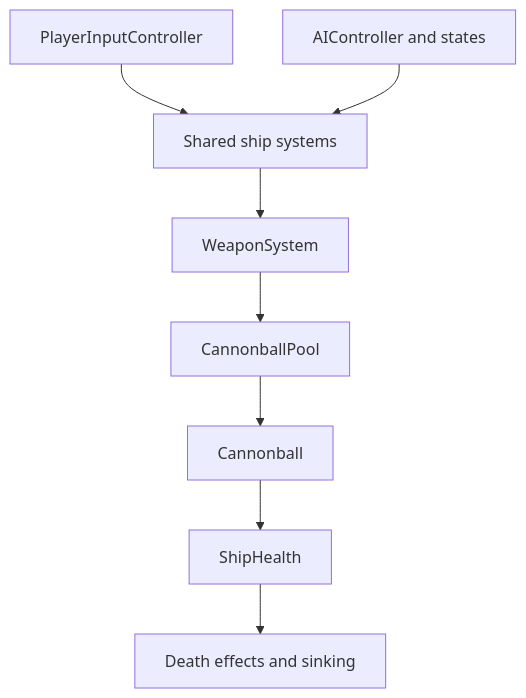
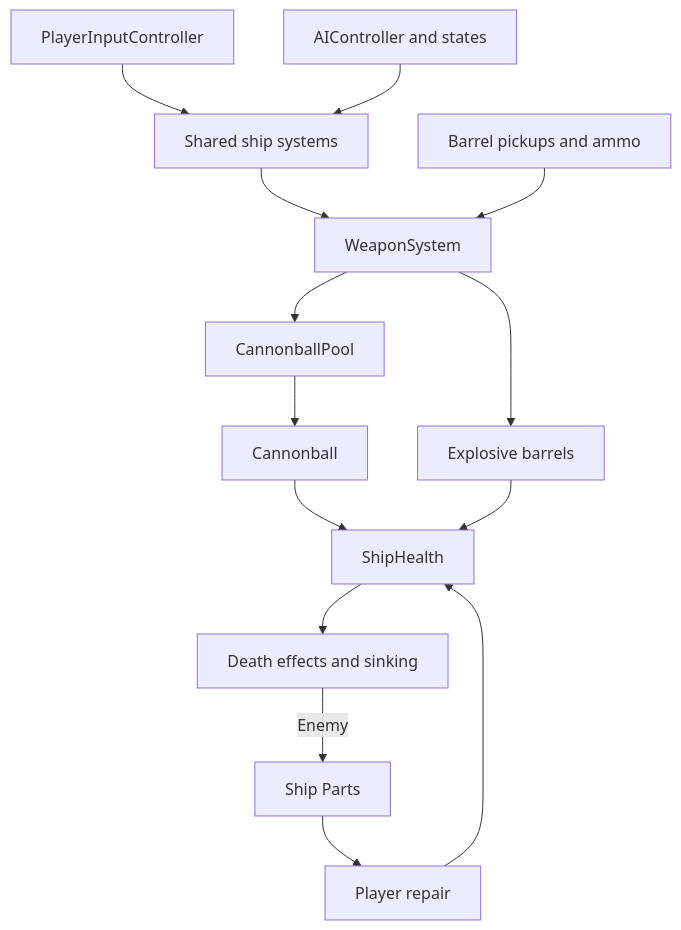
The second of 2 diagrams in Docs/GDD.md (TheRoyTomer/PiratesOfTheMediterranean), drawn with Mermaid before and after one commit. The commit also changed other lines of this file and 280 other files, not shown here.

Commit message:
Add explosive barrels and update GDD

````diff
--- a/Docs/GDD.md
+++ b/Docs/GDD.md
@@ -286,10 +275,16 @@
 ```mermaid
 flowchart TD
     PI[PlayerInputController] --> SHIP[Shared ship systems]
     AI[AIController and states] --> SHIP
     SHIP --> WEAPON[WeaponSystem]
     WEAPON --> POOL[CannonballPool]
     POOL --> BALL[Cannonball]
     BALL --> HEALTH[ShipHealth]
+    BARREL_AMMO[Barrel pickups and ammo] --> WEAPON
+    WEAPON --> BARRELS[Explosive barrels]
+    BARRELS --> HEALTH
     HEALTH --> DEATH[Death effects and sinking]
+    DEATH -- Enemy --> PARTS[Ship Parts]
+    PARTS --> REPAIR[Player repair]
+    REPAIR --> HEALTH
 ```
````
